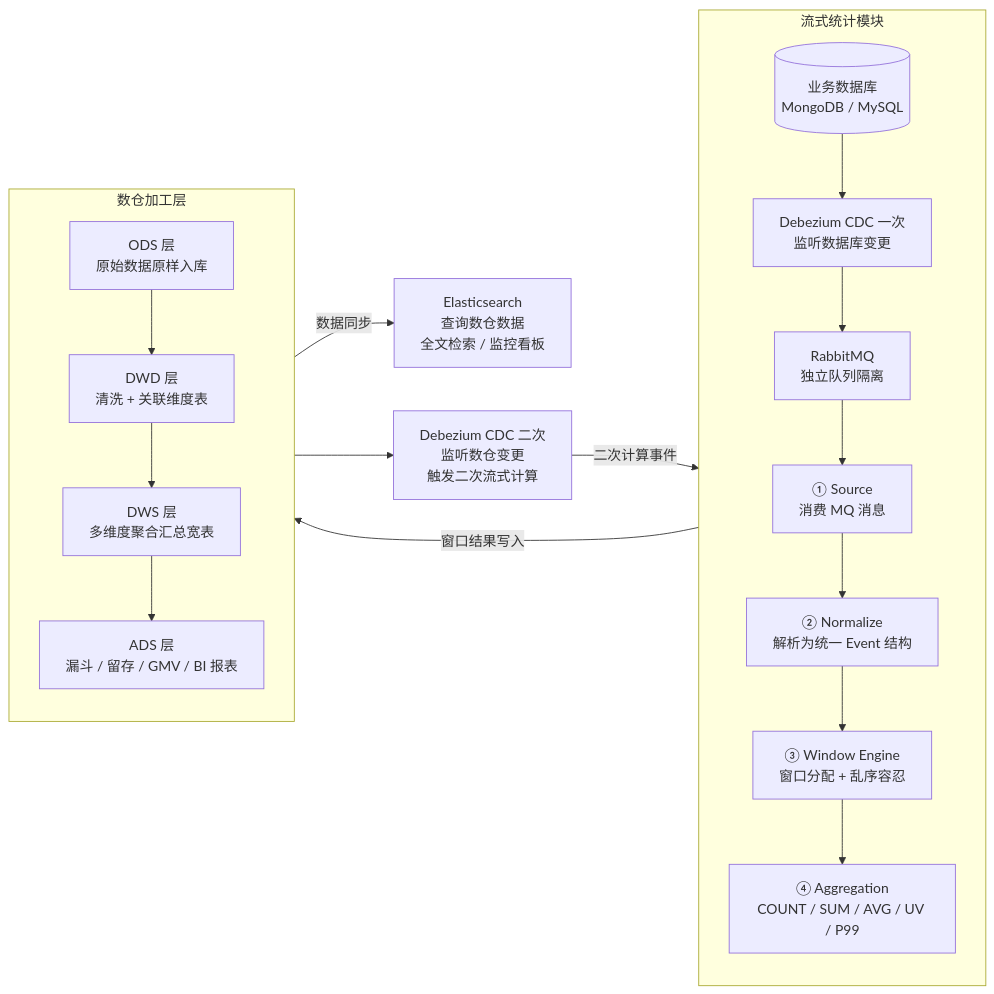
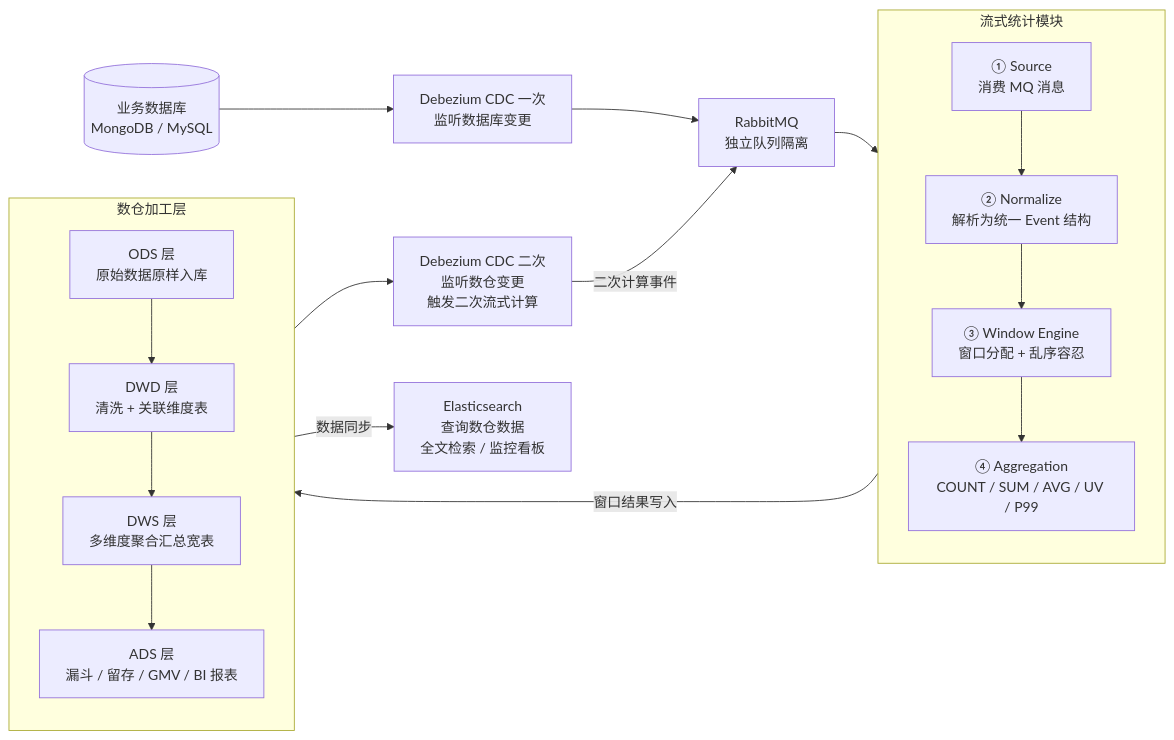
The first of 3 diagrams in stream-stats-design.md (EthanScriptOn/strea-doc), drawn with Mermaid before and after one commit.

Commit message:
move DB/MQ outside subgraph to fix TB direction in stream module

````diff
--- a/stream-stats-design.md
+++ b/stream-stats-design.md
@@ -9,31 +9,32 @@
 ```mermaid
 flowchart LR
+    DB[("业务数据库<br/>MongoDB / MySQL")]
+    DBZ1["Debezium CDC 一次<br/>监听数据库变更"]
+    MQ["RabbitMQ<br/>独立队列隔离"]
+    DBZ2["Debezium CDC 二次<br/>监听数仓变更<br/>触发二次流式计算"]
+    ES["Elasticsearch<br/>查询数仓数据<br/>全文检索 / 监控看板"]
+
     subgraph STREAM["流式统计模块"]
         direction TB
-        DB[("业务数据库<br/>MongoDB / MySQL")]
-        DBZ1["Debezium CDC 一次<br/>监听数据库变更"]
-        MQ["RabbitMQ<br/>独立队列隔离"]
         A["① Source<br/>消费 MQ 消息"]
         B["② Normalize<br/>解析为统一 Event 结构"]
         C["③ Window Engine<br/>窗口分配 + 乱序容忍"]
         D["④ Aggregation<br/>COUNT / SUM / AVG / UV / P99"]
-        DB --> DBZ1 --> MQ --> A --> B --> C --> D
+        A --> B --> C --> D
     end
 
     subgraph DW["数仓加工层"]
         direction TB
         ODS["ODS 层<br/>原始数据原样入库"]
         DWD["DWD 层<br/>清洗 + 关联维度表"]
         DWS["DWS 层<br/>多维度聚合汇总宽表"]
         ADS["ADS 层<br/>漏斗 / 留存 / GMV / BI 报表"]
         ODS --> DWD --> DWS --> ADS
     end
 
-    ES["Elasticsearch<br/>查询数仓数据<br/>全文检索 / 监控看板"]
-    DBZ2["Debezium CDC 二次<br/>监听数仓变更<br/>触发二次流式计算"]
-
+    DB --> DBZ1 --> MQ --> STREAM
     D -- "窗口结果写入" --> ODS
     ADS -- "数据同步" --> ES
     DWS --> DBZ2
     DBZ2 -- "二次计算事件" --> MQ
 ```
````
